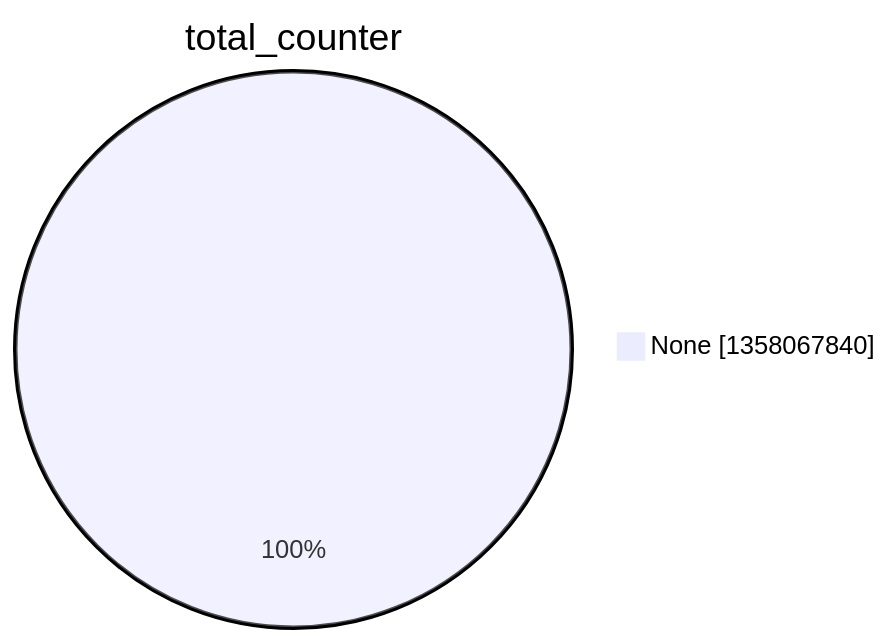
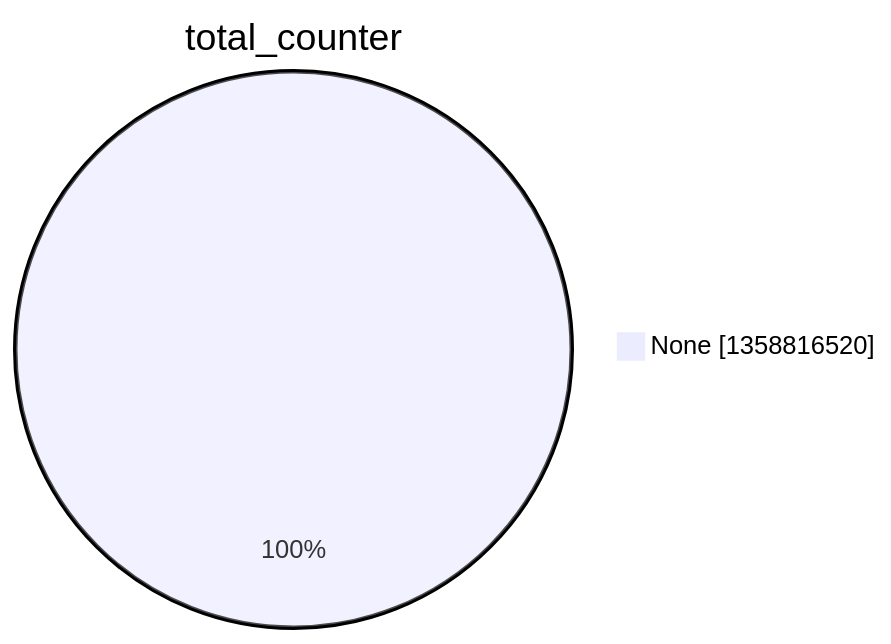
One commit to christiankrug/ctmonitor_visualization changed the second of 15 diagrams in argon2022/README.md. Above: the diagram before and after it, drawn with Mermaid. The commit also changed other lines of this file, not shown here.

````diff
--- a/argon2022/README.md
+++ b/argon2022/README.md
@@ -9,5 +9,5 @@
 ```mermaid
 pie showData
 title total_counter
-"None" :1358067840
+"None" :1358816520
 ```
````
